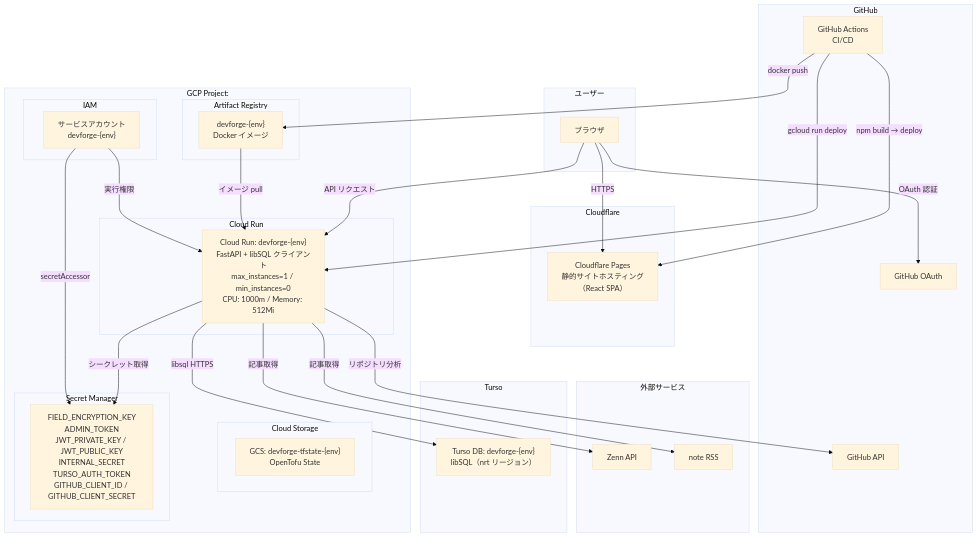
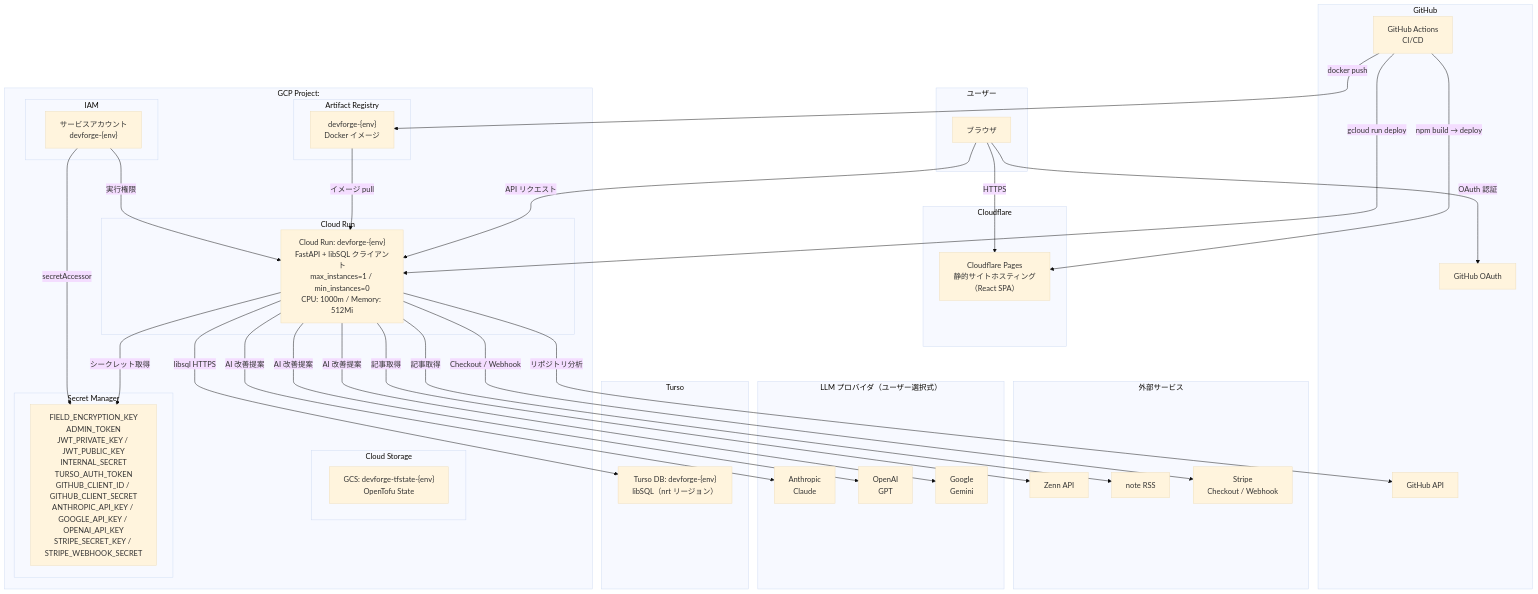
One commit to yusuke0610/devforge changed the diagram in README.md. Above: the diagram before and after it, drawn with Mermaid (base theme). The commit also changed other lines of this file and 3 other files, not shown here.

````diff
--- a/README.md
+++ b/README.md
@@ -62,64 +71,75 @@
 ```mermaid
 graph TB
     subgraph "ユーザー"
         Browser["ブラウザ"]
     end
 
     subgraph "GitHub"
         GitHubActions["GitHub Actions<br/>CI/CD"]
         GitHubOAuth["GitHub OAuth"]
         GitHubAPI["GitHub API"]
     end
 
     subgraph "外部サービス"
         ZennAPI["Zenn API"]
         NoteRSS["note RSS"]
+        Stripe["Stripe<br/>Checkout / Webhook"]
+    end
+
+    subgraph "LLM プロバイダ（ユーザー選択式）"
+        Anthropic["Anthropic<br/>Claude"]
+        OpenAI["OpenAI<br/>GPT"]
+        Google["Google<br/>Gemini"]
     end
 
     subgraph "Cloudflare"
         CFPages["Cloudflare Pages<br/>静的サイトホスティング<br/>（React SPA）"]
     end
 
     subgraph "Turso"
         TursoDB["Turso DB: devforge-{env}<br/>libSQL（nrt リージョン）"]
     end
 
     subgraph "GCP Project: <PROJECT_ID>"
         subgraph "Cloud Storage"
             TfstateBucket["GCS: devforge-tfstate-{env}<br/>OpenTofu State"]
         end
 
         subgraph "Cloud Run"
             CloudRun["Cloud Run: devforge-{env}<br/>FastAPI + libSQL クライアント<br/>max_instances=1 / min_instances=0<br/>CPU: 1000m / Memory: 512Mi"]
         end
 
         subgraph "Artifact Registry"
             AR["devforge-{env}<br/>Docker イメージ"]
         end
 
         subgraph "Secret Manager"
-            Secrets["FIELD_ENCRYPTION_KEY<br/>ADMIN_TOKEN<br/>JWT_PRIVATE_KEY / JWT_PUBLIC_KEY<br/>INTERNAL_SECRET<br/>TURSO_AUTH_TOKEN<br/>GITHUB_CLIENT_ID / GITHUB_CLIENT_SECRET"]
+            Secrets["FIELD_ENCRYPTION_KEY<br/>ADMIN_TOKEN<br/>JWT_PRIVATE_KEY / JWT_PUBLIC_KEY<br/>INTERNAL_SECRET<br/>TURSO_AUTH_TOKEN<br/>GITHUB_CLIENT_ID / GITHUB_CLIENT_SECRET<br/>ANTHROPIC_API_KEY / GOOGLE_API_KEY / OPENAI_API_KEY<br/>STRIPE_SECRET_KEY / STRIPE_WEBHOOK_SECRET"]
         end
 
         subgraph "IAM"
             SA["サービスアカウント<br/>devforge-{env}"]
         end
     end
 
     Browser -->|"HTTPS"| CFPages
     Browser -->|"API リクエスト"| CloudRun
     Browser -->|"OAuth 認証"| GitHubOAuth
 
     GitHubActions -->|"npm build → deploy"| CFPages
     GitHubActions -->|"docker push"| AR
     GitHubActions -->|"gcloud run deploy"| CloudRun
 
     CloudRun -->|"libsql HTTPS"| TursoDB
     CloudRun -->|"シークレット取得"| Secrets
     CloudRun -->|"リポジトリ分析"| GitHubAPI
     CloudRun -->|"記事取得"| ZennAPI
     CloudRun -->|"記事取得"| NoteRSS
+    CloudRun -->|"AI 改善提案"| Anthropic
+    CloudRun -->|"AI 改善提案"| OpenAI
+    CloudRun -->|"AI 改善提案"| Google
+    CloudRun -->|"Checkout / Webhook"| Stripe
     AR -->|"イメージ pull"| CloudRun
     SA -->|"実行権限"| CloudRun
     SA -->|"secretAccessor"| Secrets
 ```
````
